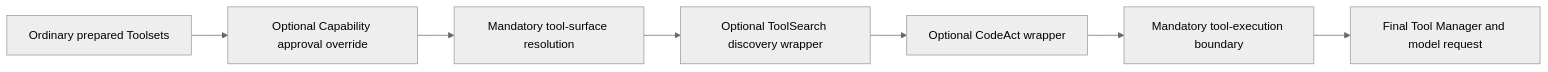
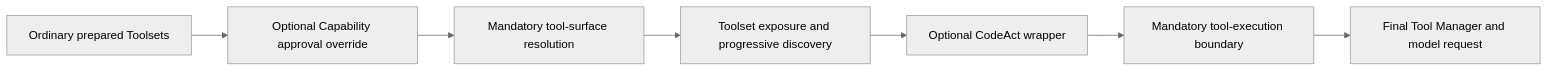
The first of 2 diagrams in spec/a13n-harness/07-tool-execution.md (converge-ai-labs/agent-foundation), drawn with Mermaid (neutral theme) before and after one commit. The commit also changed other lines of this file and 151 other files, not shown here.

First line of the commit message:
feat(harness)!: unify tool exposure and progressive execution

````diff
--- a/spec/a13n-harness/07-tool-execution.md
+++ b/spec/a13n-harness/07-tool-execution.md
@@ -147,9 +147,9 @@
 ```mermaid
 flowchart LR
     Candidates[Ordinary prepared Toolsets] --> Permissions[Optional Capability approval override]
     Permissions --> Surface[Mandatory tool-surface resolution]
-    Surface --> Proxy[Optional ToolSearch discovery wrapper]
-    Proxy --> CodeAct[Optional CodeAct wrapper]
+    Surface --> Progressive[Toolset exposure and progressive discovery]
+    Progressive --> CodeAct[Optional CodeAct wrapper]
     CodeAct --> Boundary[Mandatory tool-execution boundary]
     Boundary --> Manager[Final Tool Manager and model request]
 ```
````
